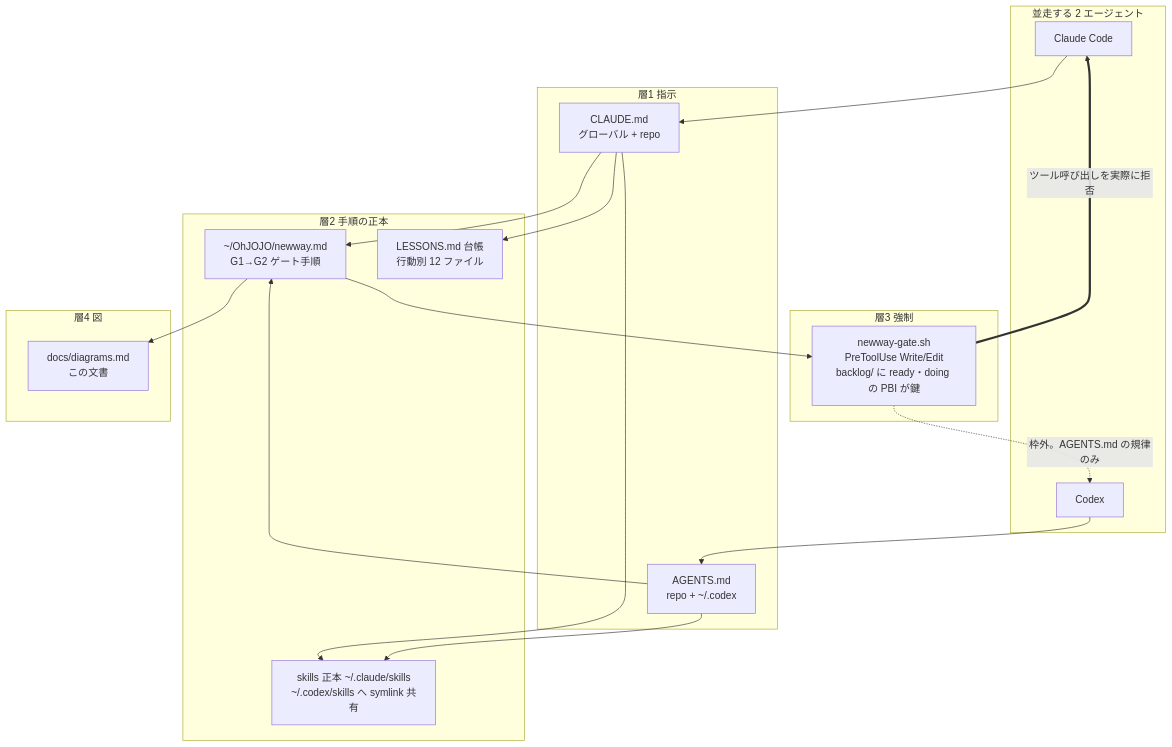
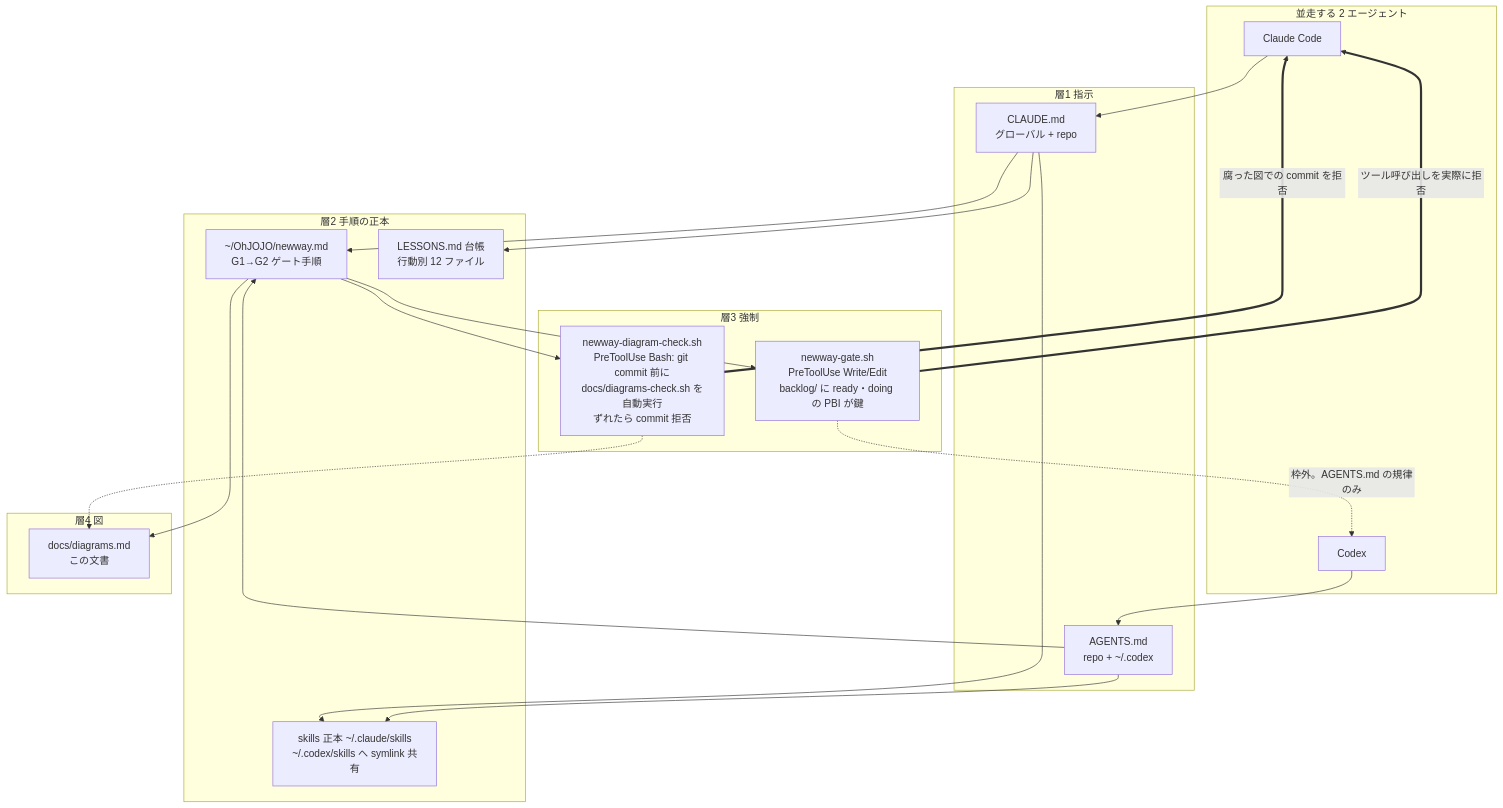
One commit to shibu003/talkingclaw changed the first of 10 diagrams in docs/diagrams.md. Above: the diagram before and after it, drawn with Mermaid. The commit also changed other lines of this file and 58 other files, not shown here.

````diff
--- a/docs/diagrams.md
+++ b/docs/diagrams.md
@@ -8,33 +10,37 @@
 ```mermaid
 flowchart TB
   subgraph agents["並走する 2 エージェント"]
     CL["Claude Code"]
     CX["Codex"]
   end
   subgraph L1["層1 指示"]
     CM["CLAUDE.md<br>グローバル + repo"]
     AM["AGENTS.md<br>repo + ~/.codex"]
   end
   subgraph L2["層2 手順の正本"]
     NW["~/OhJOJO/newway.md<br>G1→G2 ゲート手順"]
     SK["skills 正本 ~/.claude/skills<br>~/.codex/skills へ symlink 共有"]
     LS["LESSONS.md 台帳<br>行動別 12 ファイル"]
   end
   subgraph L3["層3 強制"]
     HK["newway-gate.sh<br>PreToolUse Write/Edit<br>backlog/ に ready・doing の PBI が鍵"]
+    DC["newway-diagram-check.sh<br>PreToolUse Bash: git commit 前に<br>docs/diagrams-check.sh を自動実行<br>ずれたら commit 拒否"]
   end
   subgraph L4["層4 図"]
     DG["docs/diagrams.md<br>この文書"]
   end
   CL --> CM
   CX --> AM
   CM --> NW
   AM --> NW
   CM --> SK
   AM --> SK
   CM --> LS
   NW --> HK
+  NW --> DC
   HK ==>|"ツール呼び出しを実際に拒否"| CL
+  DC ==>|"腐った図での commit を拒否"| CL
   HK -.->|"枠外。AGENTS.md の規律のみ"| CX
   NW --> DG
+  DC -.-> DG
 ```
````
